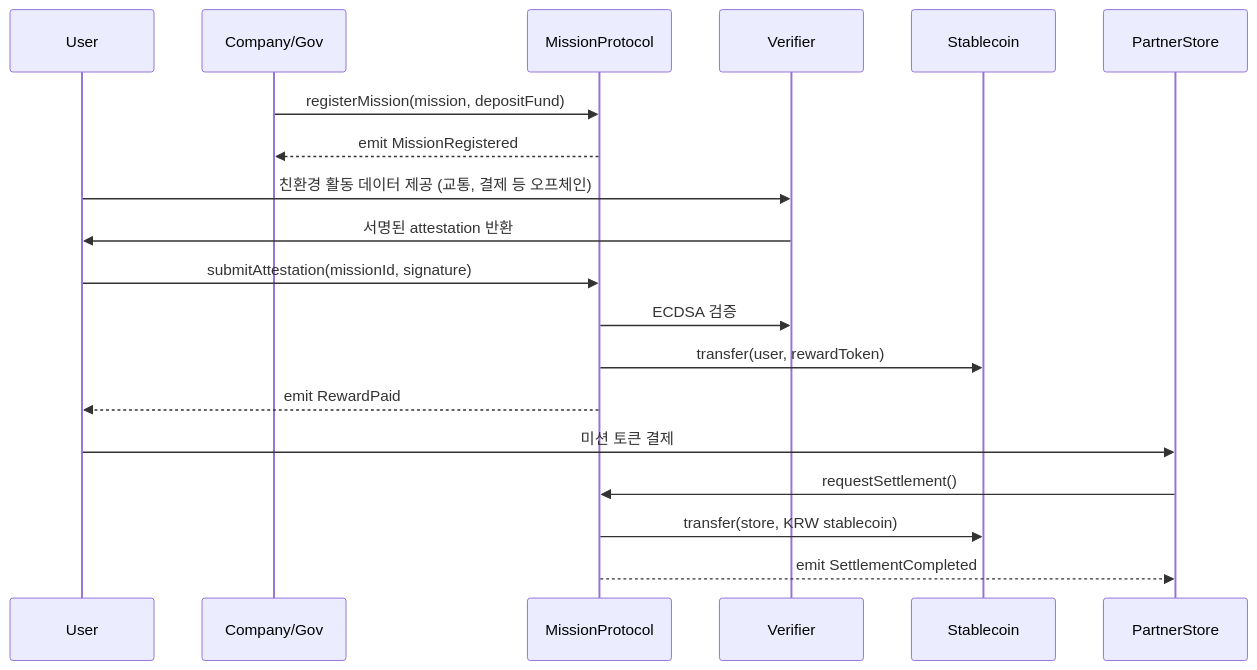
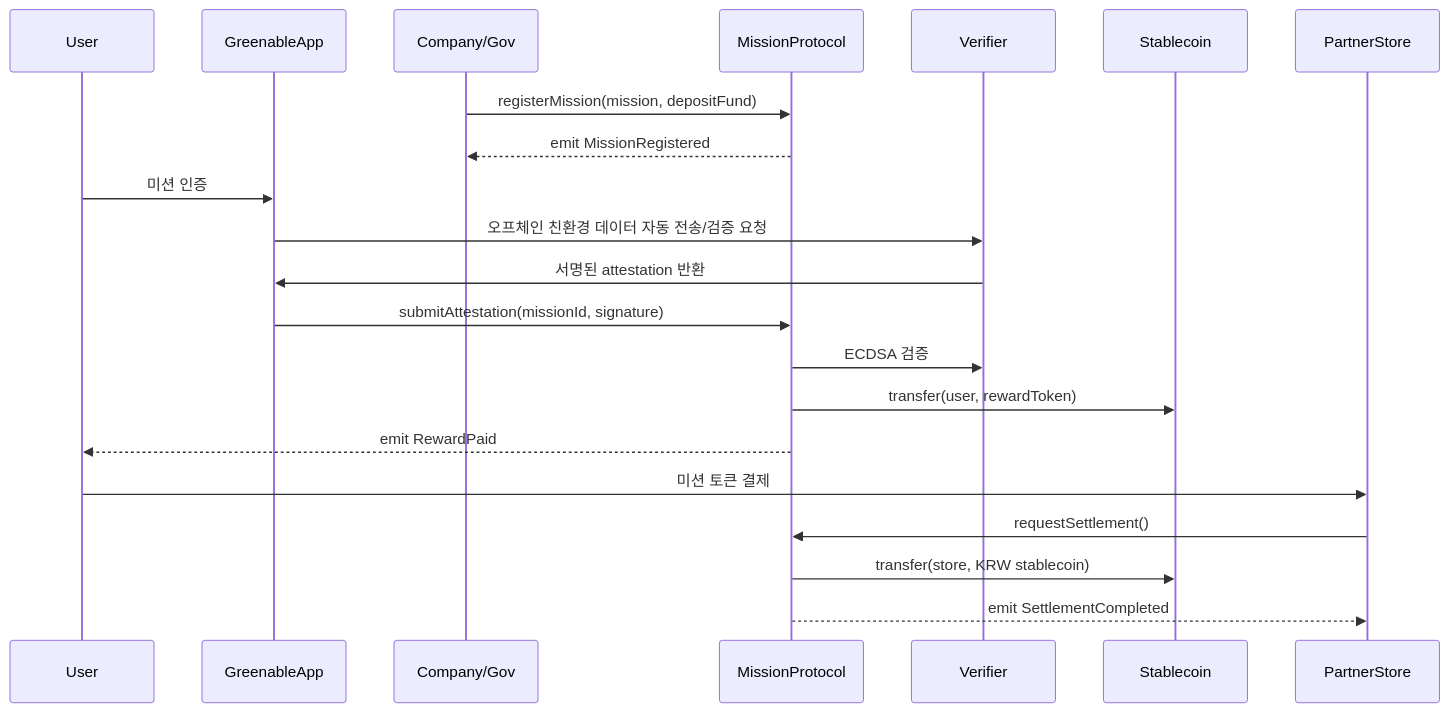
One commit to greenable-project/greenable-v1-core changed the diagram in README.md. Above: the diagram before and after it, drawn with Mermaid.

````diff
--- a/README.md
+++ b/README.md
@@ -36,25 +36,27 @@
 ```mermaid
 sequenceDiagram
     participant User
+    participant GreenableApp
     participant Company/Gov
     participant MissionProtocol
     participant Verifier
     participant Stablecoin
     participant PartnerStore
 
     Company/Gov->>MissionProtocol: registerMission(mission, depositFund)
     MissionProtocol-->>Company/Gov: emit MissionRegistered
 
-    User->>Verifier: 친환경 활동 데이터 제공 (교통, 결제 등 오프체인)
-    Verifier->>User: 서명된 attestation 반환
-    User->>MissionProtocol: submitAttestation(missionId, signature)
+    User->>GreenableApp: 미션 인증
+    GreenableApp->>Verifier: 오프체인 친환경 데이터 자동 전송/검증 요청
+    Verifier->>GreenableApp: 서명된 attestation 반환
+    GreenableApp->>MissionProtocol: submitAttestation(missionId, signature)
 
     MissionProtocol->>Verifier: ECDSA 검증
     MissionProtocol->>Stablecoin: transfer(user, rewardToken)
     MissionProtocol-->>User: emit RewardPaid
 
     User->>PartnerStore: 미션 토큰 결제
     PartnerStore->>MissionProtocol: requestSettlement()
     MissionProtocol->>Stablecoin: transfer(store, KRW stablecoin)
     MissionProtocol-->>PartnerStore: emit SettlementCompleted
 ```
````
